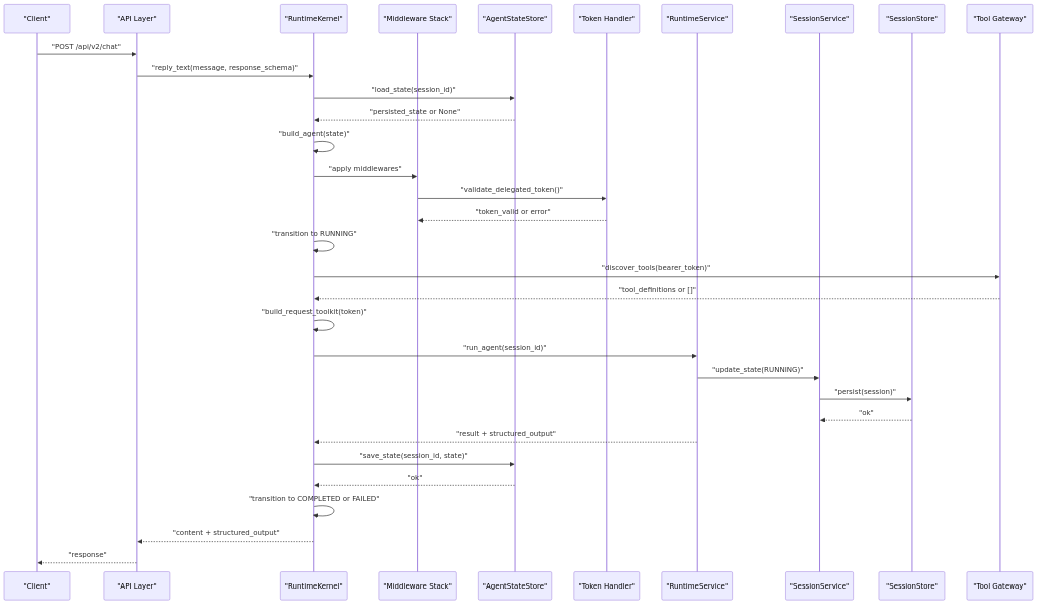
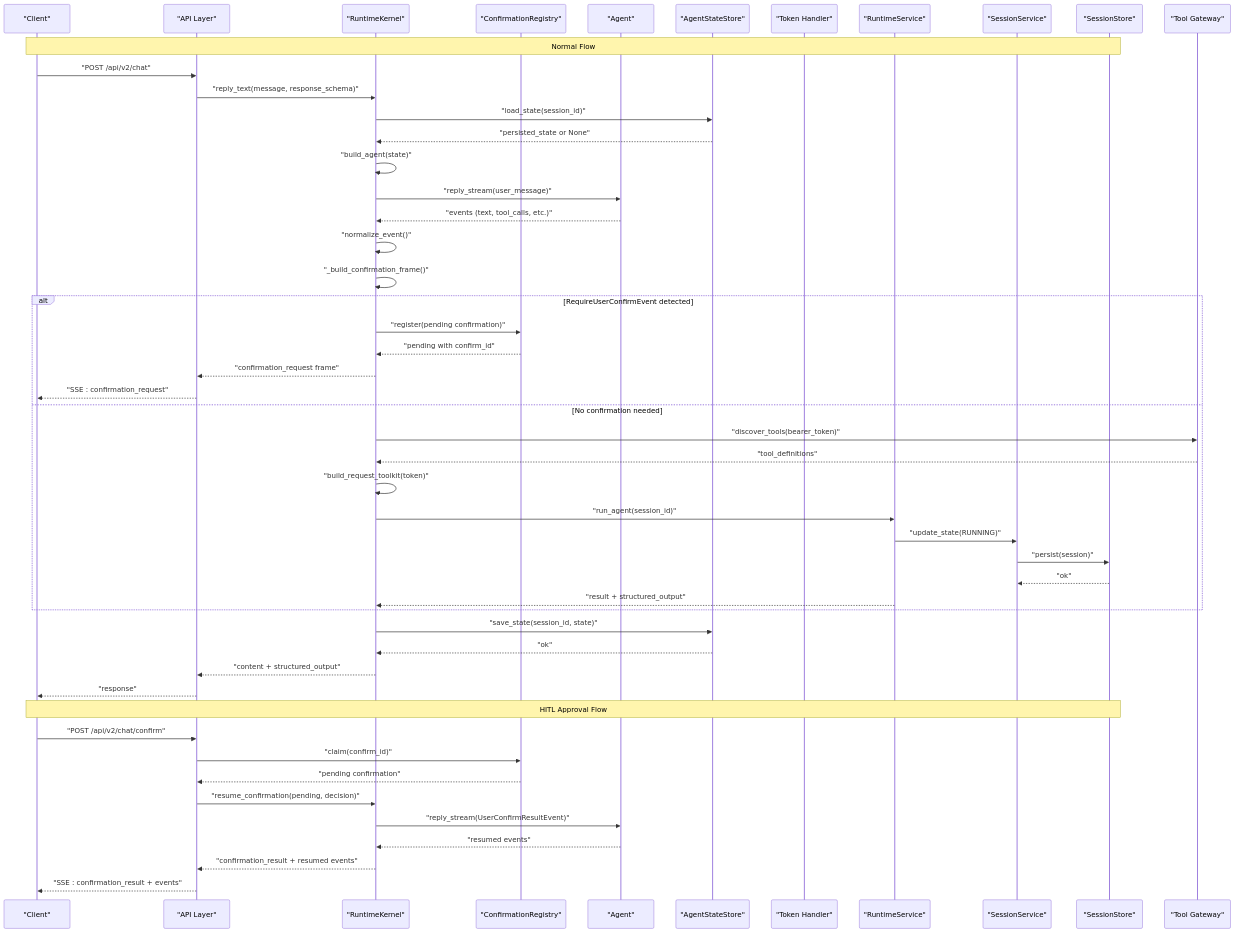
The second of 4 diagrams in .qoder/repowiki/en/content/Agent Platform Service/Runtime Kernel and Agent Lifecycle.md (metasync/luban-aiops), drawn with Mermaid before and after one commit. The commit also changed other lines of this file and 24 other files, not shown here.

````diff
--- a/.qoder/repowiki/en/content/Agent Platform Service/Runtime Kernel and Agent Lifecycle.md
+++ b/.qoder/repowiki/en/content/Agent Platform Service/Runtime Kernel and Agent Lifecycle.md
@@ -138,35 +155,52 @@
 ```mermaid
 sequenceDiagram
 participant Client as "Client"
 participant API as "API Layer"
 participant Kernel as "RuntimeKernel"
-participant Middleware as "Middleware Stack"
+participant Registry as "ConfirmationRegistry"
+participant Agent as "Agent"
 participant StateStore as "AgentStateStore"
 participant TokenHandler as "Token Handler"
 participant RSvc as "RuntimeService"
 participant SSvc as "SessionService"
 participant Store as "SessionStore"
 participant Gateway as "Tool Gateway"
+Note over Client,Store : Normal Flow
 Client->>API : "POST /api/v2/chat"
 API->>Kernel : "reply_text(message, response_schema)"
 Kernel->>StateStore : "load_state(session_id)"
 StateStore-->>Kernel : "persisted_state or None"
 Kernel->>Kernel : "build_agent(state)"
-Kernel->>Middleware : "apply middlewares"
-Middleware->>TokenHandler : "validate_delegated_token()"
-TokenHandler-->>Middleware : "token_valid or error"
-Kernel->>Kernel : "transition to RUNNING"
+Kernel->>Agent : "reply_stream(user_message)"
+Agent-->>Kernel : "events (text, tool_calls, etc.)"
+Kernel->>Kernel : "normalize_event()"
+Kernel->>Kernel : "_build_confirmation_frame()"
+alt RequireUserConfirmEvent detected
+Kernel->>Registry : "register(pending confirmation)"
+Registry-->>Kernel : "pending with confirm_id"
+Kernel-->>API : "confirmation_request frame"
+API-->>Client : "SSE : confirmation_request"
+else No confirmation needed
 Kernel->>Gateway : "discover_tools(bearer_token)"
-Gateway-->>Kernel : "tool_definitions or []"
+Gateway-->>Kernel : "tool_definitions"
 Kernel->>Kernel : "build_request_toolkit(token)"
 Kernel->>RSvc : "run_agent(session_id)"
 RSvc->>SSvc : "update_state(RUNNING)"
 SSvc->>Store : "persist(session)"
 Store-->>SSvc : "ok"
 RSvc-->>Kernel : "result + structured_output"
+end
 Kernel->>StateStore : "save_state(session_id, state)"
 StateStore-->>Kernel : "ok"
-Kernel->>Kernel : "transition to COMPLETED or FAILED"
 Kernel-->>API : "content + structured_output"
 API-->>Client : "response"
+Note over Client,Store : HITL Approval Flow
+Client->>API : "POST /api/v2/chat/confirm"
+API->>Registry : "claim(confirm_id)"
+Registry-->>API : "pending confirmation"
+API->>Kernel : "resume_confirmation(pending, decision)"
+Kernel->>Agent : "reply_stream(UserConfirmResultEvent)"
+Agent-->>Kernel : "resumed events"
+Kernel-->>API : "confirmation_result + resumed events"
+API-->>Client : "SSE : confirmation_result + events"
 ```
````
